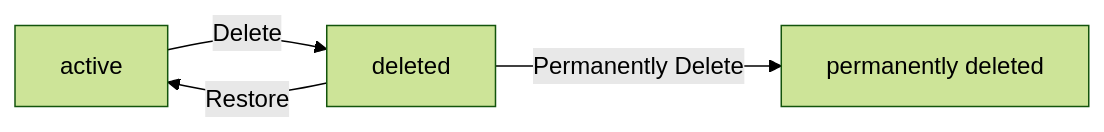
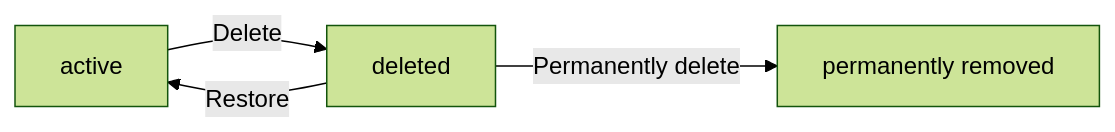
One commit to wrtnlabs/autobe-examples changed the third of 3 diagrams in qwen/qwen3.5-397b-a17b/todo/docs/analysis/02-domain-model.md. Above: the diagram before and after it, drawn with Mermaid (forest theme). The commit also changed other lines of this file and 9017 other files, not shown here.

````diff
--- a/qwen/qwen3.5-397b-a17b/todo/docs/analysis/02-domain-model.md
+++ b/qwen/qwen3.5-397b-a17b/todo/docs/analysis/02-domain-model.md
@@ -189,6 +254,6 @@
 ```mermaid
 flowchart LR
     A["active"] -->|"Delete"| B["deleted"]
     B -->|"Restore"| A
-    B -->|"Permanently Delete"| C["permanently deleted"]
+    B -->|"Permanently delete"| C["permanently removed"]
 ```
````
